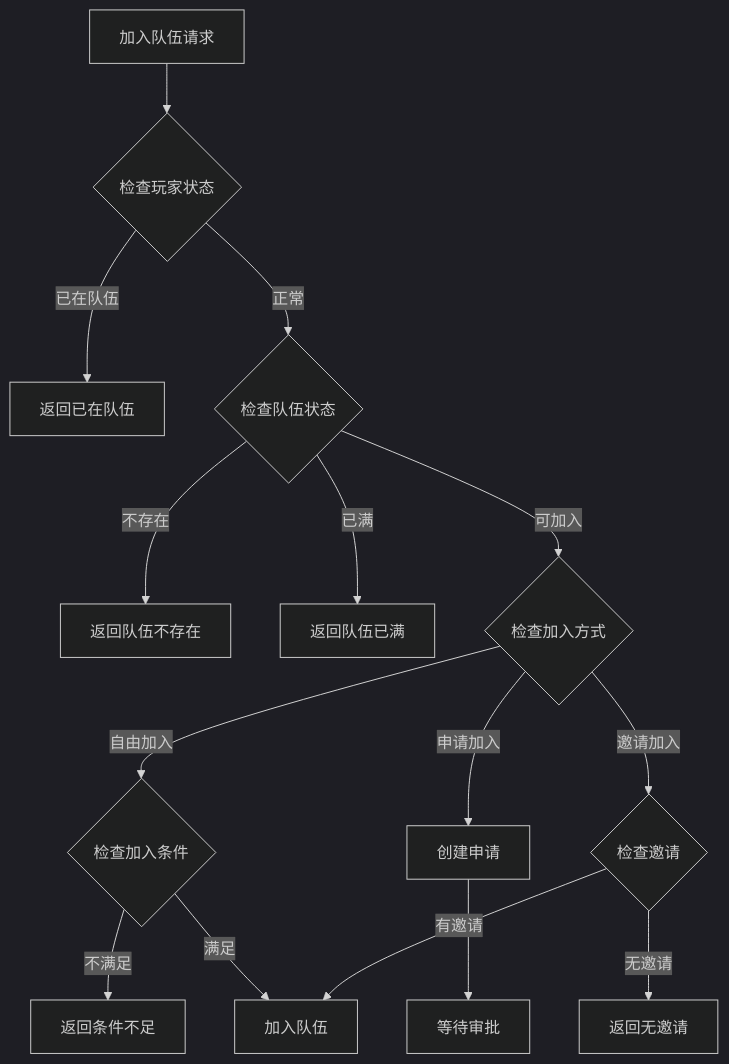
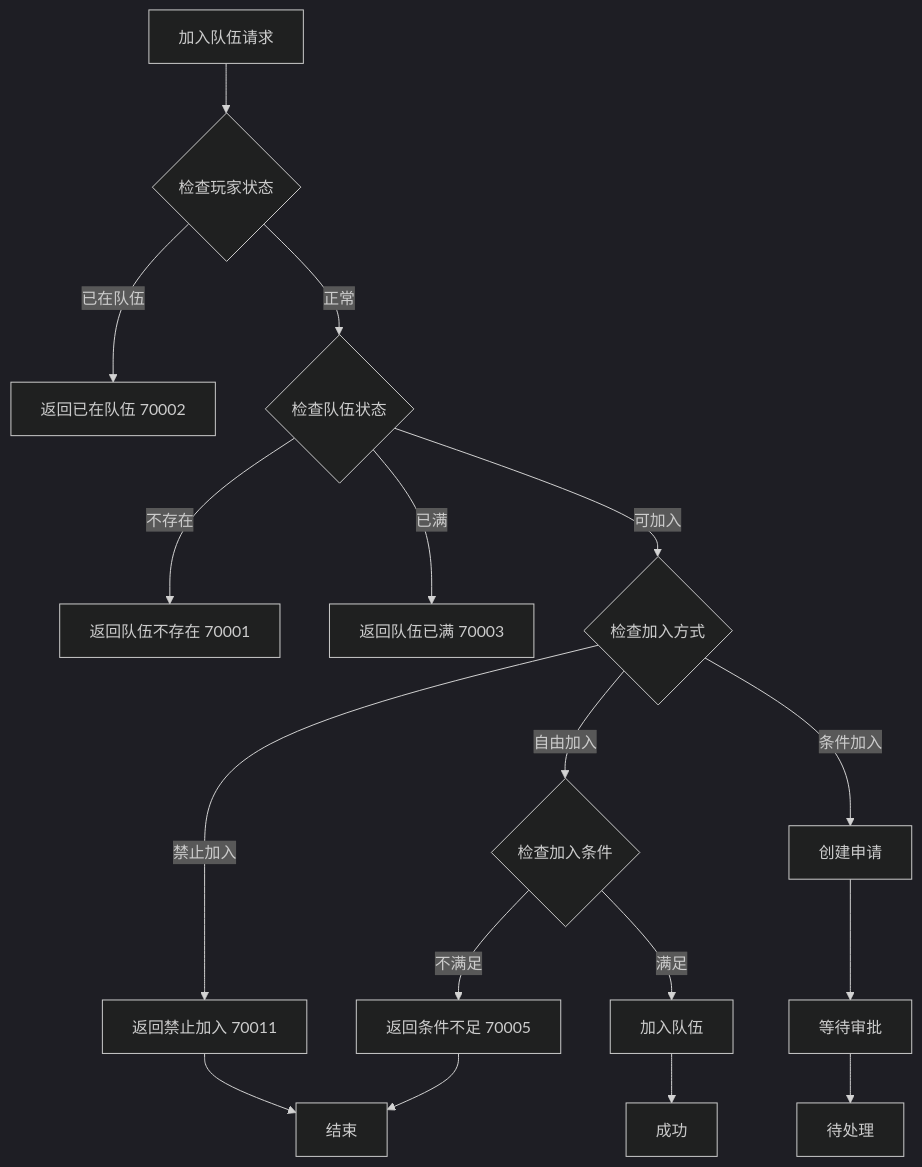
The fifth of 6 diagrams in docs/Module_ActivityTeam/06_实现细节.md (Alan-Ben/k2c_game_framework), drawn with Mermaid (dark theme) before and after one commit. The commit also changed other lines of this file and 5 other files, not shown here.

````diff
--- a/docs/Module_ActivityTeam/06_实现细节.md
+++ b/docs/Module_ActivityTeam/06_实现细节.md
@@ -208,17 +231,19 @@
 ```mermaid
 flowchart TD
     A[加入队伍请求] --> B{检查玩家状态}
-    B -->|已在队伍| C[返回已在队伍]
+    B -->|已在队伍| C[返回已在队伍 70002]
     B -->|正常| D{检查队伍状态}
-    D -->|不存在| E[返回队伍不存在]
-    D -->|已满| F[返回队伍已满]
+    D -->|不存在| E[返回队伍不存在 70001]
+    D -->|已满| F[返回队伍已满 70003]
     D -->|可加入| G{检查加入方式}
     G -->|自由加入| H{检查加入条件}
-    G -->|申请加入| I[创建申请]
-    G -->|邀请加入| J{检查邀请}
-    H -->|不满足| K[返回条件不足]
+    G -->|禁止加入| I[返回禁止加入 70011]
+    G -->|条件加入| J[创建申请]
+    H -->|不满足| K[返回条件不足 70005]
     H -->|满足| L[加入队伍]
-    I --> M[等待审批]
-    J -->|无邀请| N[返回无邀请]
-    J -->|有邀请| L
+    J --> M[等待审批]
+    I --> N[结束]
+    K --> N
+    L --> O[成功]
+    M --> P[待处理]
 ```
````
